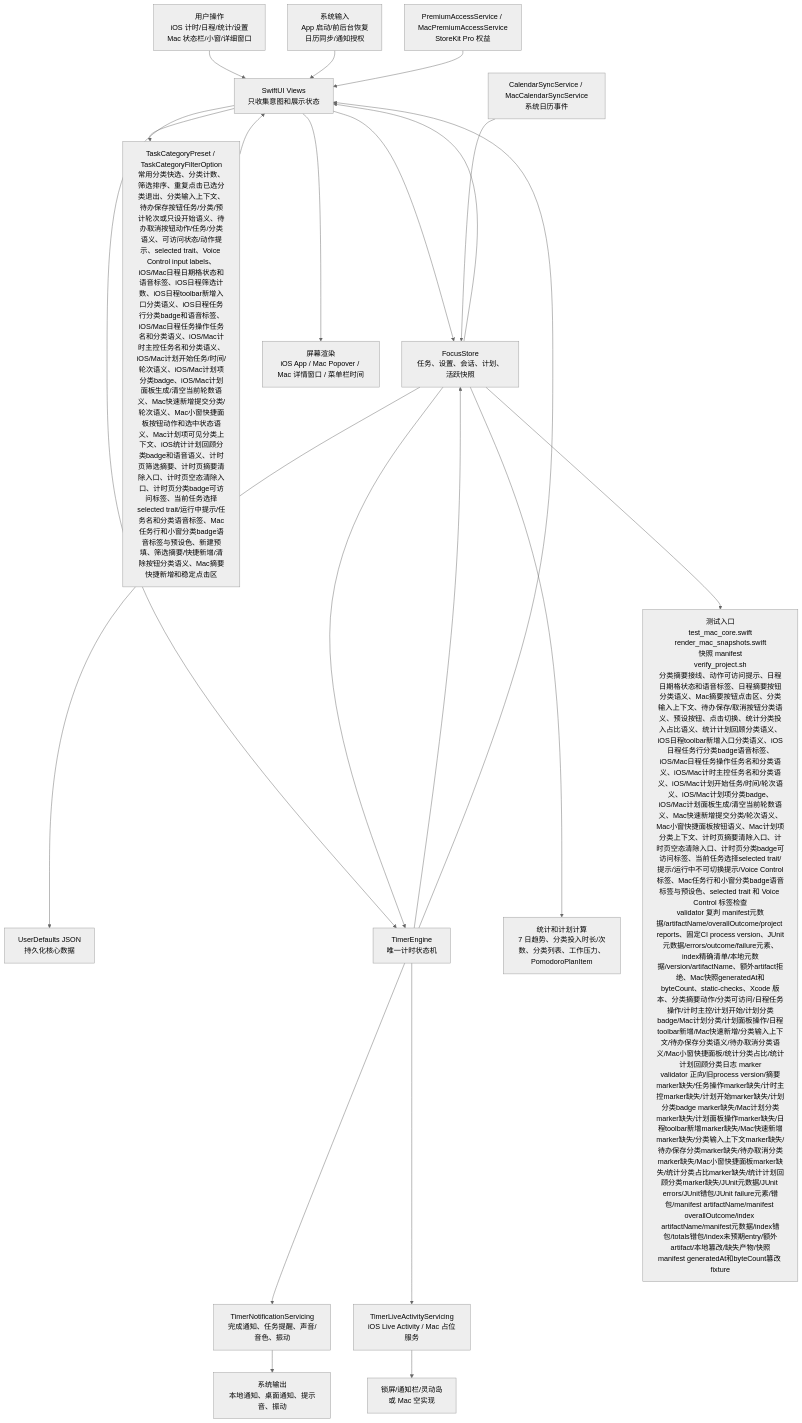
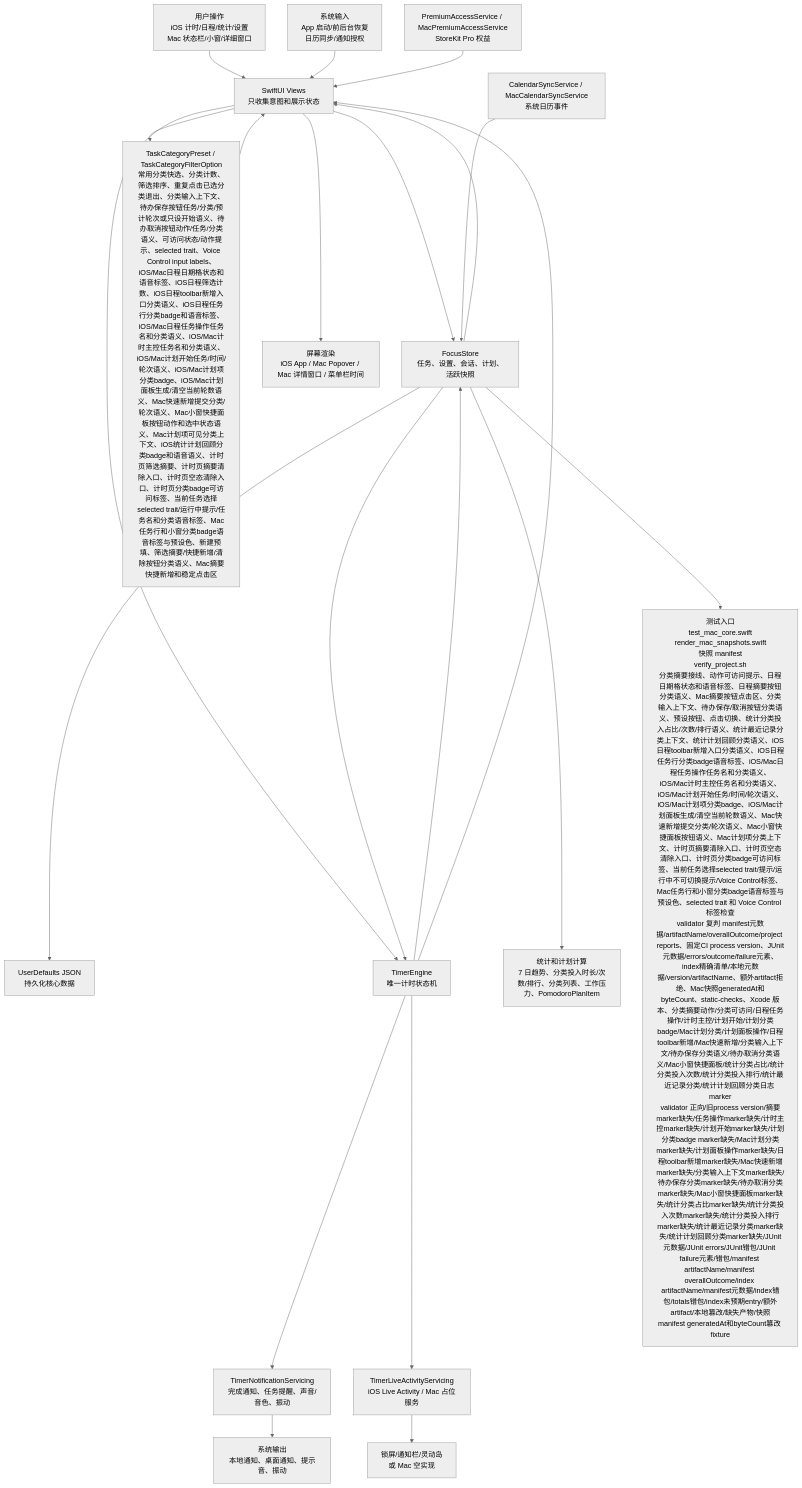
The first of 6 diagrams in md/flow/flowchart.md (Altman-sam114/114), drawn with Mermaid (neutral theme) before and after one commit. The commit also changed other lines of this file and 9 other files, not shown here.

````diff
--- a/md/flow/flowchart.md
+++ b/md/flow/flowchart.md
@@ -9,23 +9,23 @@
 ```mermaid
 flowchart TD
   U["用户操作<br/>iOS 计时/日程/统计/设置<br/>Mac 状态栏/小窗/详细窗口"] --> V["SwiftUI Views<br/>只收集意图和展示状态"]
   SYS["系统输入<br/>App 启动/前后台恢复<br/>日历同步/通知授权"] --> V
   V --> S["FocusStore<br/>任务、设置、会话、计划、活跃快照"]
   V --> CAT["TaskCategoryPreset / TaskCategoryFilterOption<br/>常用分类快选、分类计数、筛选排序、重复点击已选分类退出、分类输入上下文、待办保存按钮任务/分类/预计轮次或只设开始语义、待办取消按钮动作/任务/分类语义、可访问状态/动作提示、selected trait、Voice Control input labels、iOS/Mac日程日期格状态和语音标签、iOS日程筛选计数、iOS日程toolbar新增入口分类语义、iOS日程任务行分类badge和语音标签、iOS/Mac日程任务操作任务名和分类语义、iOS/Mac计时主控任务名和分类语义、iOS/Mac计划开始任务/时间/轮次语义、iOS/Mac计划项分类badge、iOS/Mac计划面板生成/清空当前轮数语义、Mac快速新增提交分类/轮次语义、Mac小窗快捷面板按钮动作和选中状态语义、Mac计划项可见分类上下文、iOS统计计划回顾分类badge和语音语义、计时页筛选摘要、计时页摘要清除入口、计时页空态清除入口、计时页分类badge可访问标签、当前任务选择selected trait/运行中提示/任务名和分类语音标签、Mac任务行和小窗分类badge语音标签与预设色、新建预填、筛选摘要/快捷新增/清除按钮分类语义、Mac摘要快捷新增和稳定点击区"]
   CAT --> V
   S --> P["UserDefaults JSON<br/>持久化核心数据"]
   V --> E["TimerEngine<br/>唯一计时状态机"]
   S --> E
   E --> S
   E --> N["TimerNotificationServicing<br/>完成通知、任务提醒、声音/音色、振动"]
   E --> L["TimerLiveActivityServicing<br/>iOS Live Activity / Mac 占位服务"]
-  S --> C["统计和计划计算<br/>7 日趋势、分类投入时长/次数、分类列表、工作压力、PomodoroPlanItem"]
+  S --> C["统计和计划计算<br/>7 日趋势、分类投入时长/次数/排行、分类列表、工作压力、PomodoroPlanItem"]
   CAL["CalendarSyncService / MacCalendarSyncService<br/>系统日历事件"] --> S
   PRO["PremiumAccessService / MacPremiumAccessService<br/>StoreKit Pro 权益"] --> V
   S --> V
   E --> V
   V --> OUT["屏幕渲染<br/>iOS App / Mac Popover / Mac 详情窗口 / 菜单栏时间"]
   N --> OUT2["系统输出<br/>本地通知、桌面通知、提示音、振动"]
   L --> OUT3["锁屏/通知栏/灵动岛<br/>或 Mac 空实现"]
-  S --> T["测试入口<br/>test_mac_core.swift<br/>render_mac_snapshots.swift<br/>快照 manifest<br/>verify_project.sh<br/>分类摘要接线、动作可访问提示、日程日期格状态和语音标签、日程摘要按钮分类语义、Mac摘要按钮点击区、分类输入上下文、待办保存/取消按钮分类语义、预设按钮、点击切换、统计分类投入占比语义、统计计划回顾分类语义、iOS日程toolbar新增入口分类语义、iOS日程任务行分类badge语音标签、iOS/Mac日程任务操作任务名和分类语义、iOS/Mac计时主控任务名和分类语义、iOS/Mac计划开始任务/时间/轮次语义、iOS/Mac计划项分类badge、iOS/Mac计划面板生成/清空当前轮数语义、Mac快速新增提交分类/轮次语义、Mac小窗快捷面板按钮语义、Mac计划项分类上下文、计时页摘要清除入口、计时页空态清除入口、计时页分类badge可访问标签、当前任务选择selected trait/提示/运行中不可切换提示/Voice Control标签、Mac任务行和小窗分类badge语音标签与预设色、selected trait 和 Voice Control 标签检查<br/>validator 复判 manifest元数据/artifactName/overallOutcome/project reports、固定CI process version、JUnit元数据/errors/outcome/failure元素、index精确清单/本地元数据/version/artifactName、额外artifact拒绝、Mac快照generatedAt和byteCount、static-checks、Xcode 版本、分类摘要动作/分类可访问/日程任务操作/计时主控/计划开始/计划分类badge/Mac计划分类/计划面板操作/日程toolbar新增/Mac快速新增/分类输入上下文/待办保存分类语义/待办取消分类语义/Mac小窗快捷面板/统计分类占比/统计计划回顾分类日志 marker<br/>validator 正向/旧process version/摘要marker缺失/任务操作marker缺失/计时主控marker缺失/计划开始marker缺失/计划分类badge marker缺失/Mac计划分类marker缺失/计划面板操作marker缺失/日程toolbar新增marker缺失/Mac快速新增marker缺失/分类输入上下文marker缺失/待办保存分类marker缺失/待办取消分类marker缺失/Mac小窗快捷面板marker缺失/统计分类占比marker缺失/统计计划回顾分类marker缺失/JUnit元数据/JUnit errors/JUnit错包/JUnit failure元素/错包/manifest artifactName/manifest overallOutcome/index artifactName/manifest元数据/index错包/totals错包/index未预期entry/额外artifact/本地篡改/缺失产物/快照manifest generatedAt和byteCount篡改 fixture"]
+  S --> T["测试入口<br/>test_mac_core.swift<br/>render_mac_snapshots.swift<br/>快照 manifest<br/>verify_project.sh<br/>分类摘要接线、动作可访问提示、日程日期格状态和语音标签、日程摘要按钮分类语义、Mac摘要按钮点击区、分类输入上下文、待办保存/取消按钮分类语义、预设按钮、点击切换、统计分类投入占比/次数/排行语义、统计最近记录分类上下文、统计计划回顾分类语义、iOS日程toolbar新增入口分类语义、iOS日程任务行分类badge语音标签、iOS/Mac日程任务操作任务名和分类语义、iOS/Mac计时主控任务名和分类语义、iOS/Mac计划开始任务/时间/轮次语义、iOS/Mac计划项分类badge、iOS/Mac计划面板生成/清空当前轮数语义、Mac快速新增提交分类/轮次语义、Mac小窗快捷面板按钮语义、Mac计划项分类上下文、计时页摘要清除入口、计时页空态清除入口、计时页分类badge可访问标签、当前任务选择selected trait/提示/运行中不可切换提示/Voice Control标签、Mac任务行和小窗分类badge语音标签与预设色、selected trait 和 Voice Control 标签检查<br/>validator 复判 manifest元数据/artifactName/overallOutcome/project reports、固定CI process version、JUnit元数据/errors/outcome/failure元素、index精确清单/本地元数据/version/artifactName、额外artifact拒绝、Mac快照generatedAt和byteCount、static-checks、Xcode 版本、分类摘要动作/分类可访问/日程任务操作/计时主控/计划开始/计划分类badge/Mac计划分类/计划面板操作/日程toolbar新增/Mac快速新增/分类输入上下文/待办保存分类语义/待办取消分类语义/Mac小窗快捷面板/统计分类占比/统计分类投入次数/统计分类投入排行/统计最近记录分类/统计计划回顾分类日志 marker<br/>validator 正向/旧process version/摘要marker缺失/任务操作marker缺失/计时主控marker缺失/计划开始marker缺失/计划分类badge marker缺失/Mac计划分类marker缺失/计划面板操作marker缺失/日程toolbar新增marker缺失/Mac快速新增marker缺失/分类输入上下文marker缺失/待办保存分类marker缺失/待办取消分类marker缺失/Mac小窗快捷面板marker缺失/统计分类占比marker缺失/统计分类投入次数marker缺失/统计分类投入排行marker缺失/统计最近记录分类marker缺失/统计计划回顾分类marker缺失/JUnit元数据/JUnit errors/JUnit错包/JUnit failure元素/错包/manifest artifactName/manifest overallOutcome/index artifactName/manifest元数据/index错包/totals错包/index未预期entry/额外artifact/本地篡改/缺失产物/快照manifest generatedAt和byteCount篡改 fixture"]
 ```
````
